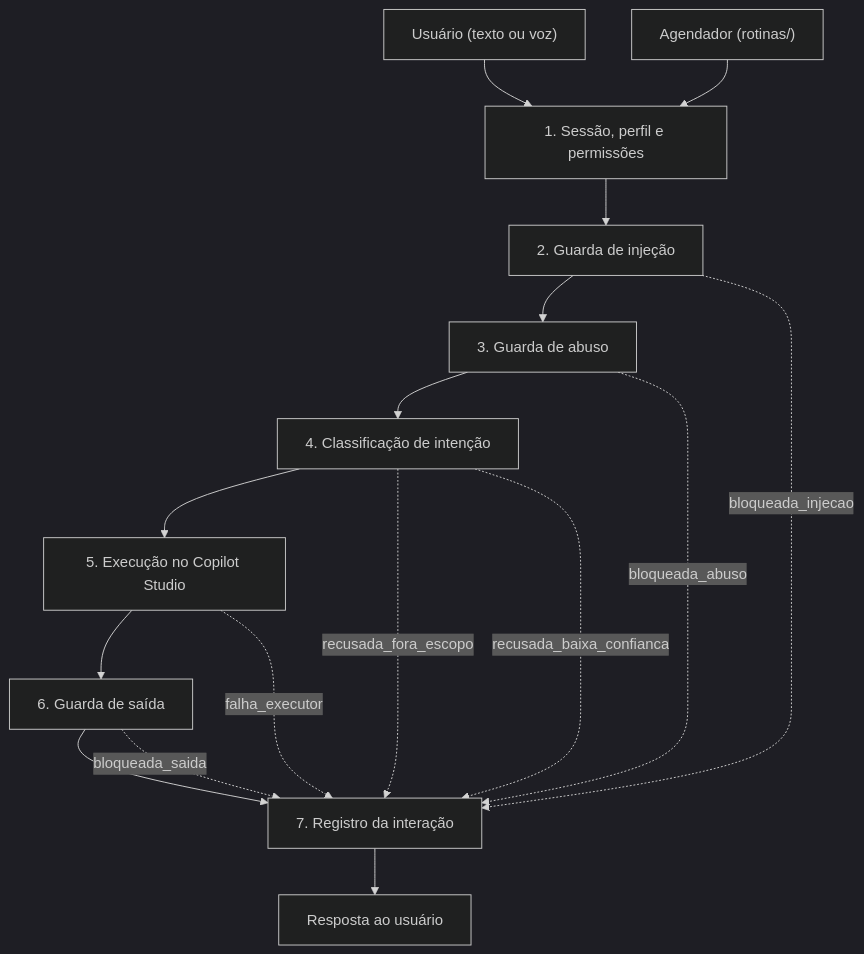
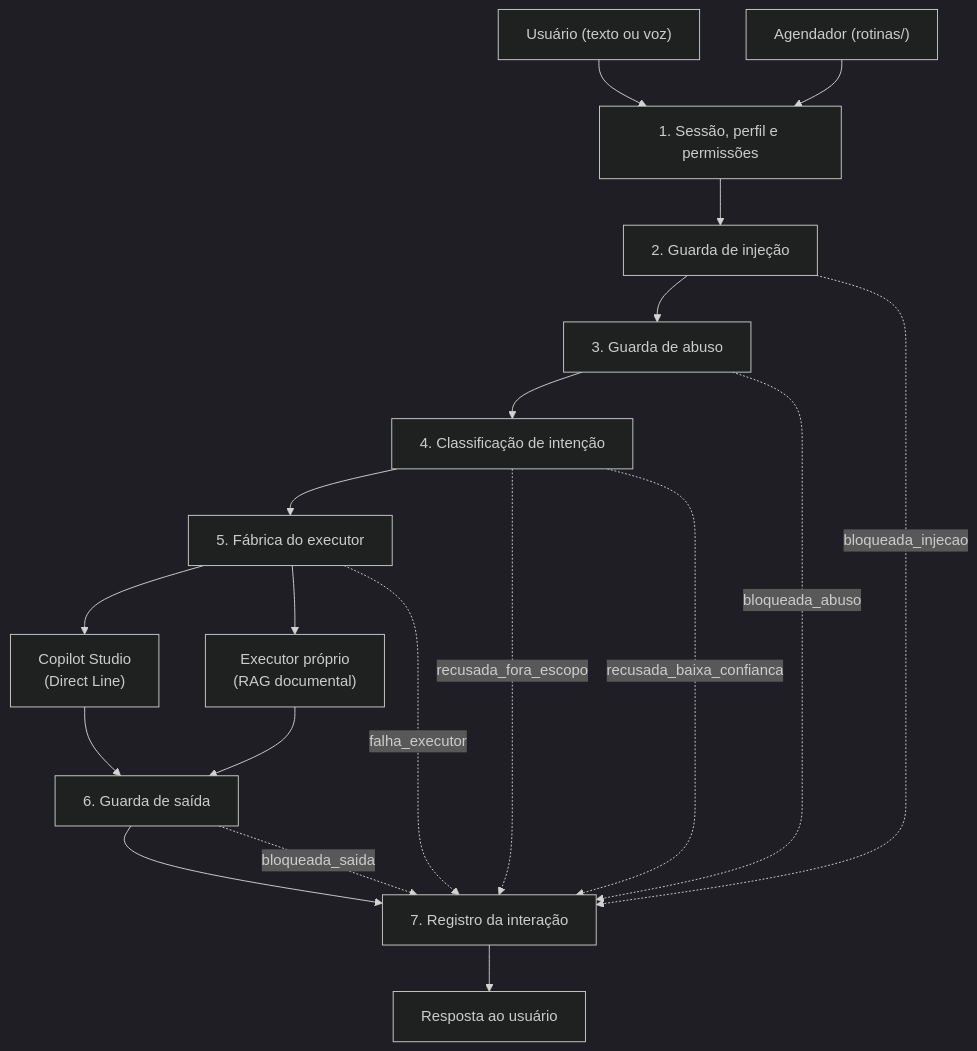
One commit to Kdu07/agente-ia-portfolio-metro changed the first of 3 diagrams in docs/Arquitetura.md. Above: the diagram before and after it, drawn with Mermaid (dark theme). The commit also changed other lines of this file, not shown here.

````diff
--- a/docs/Arquitetura.md
+++ b/docs/Arquitetura.md
@@ -45,20 +55,23 @@
 ```mermaid
 flowchart TB
     U["Usuário (texto ou voz)"] --> A
     W["Agendador (rotinas/)"] --> A
 
     A["1. Sessão, perfil e permissões"] --> B["2. Guarda de injeção"]
     B --> C["3. Guarda de abuso"]
     C --> D["4. Classificação de intenção"]
-    D --> E["5. Execução no Copilot Studio"]
-    E --> F["6. Guarda de saída"]
+    D --> E["5. Fábrica do executor"]
+    E --> EC["Copilot Studio<br/>(Direct Line)"]
+    E --> ER["Executor próprio<br/>(RAG documental)"]
+    EC --> F["6. Guarda de saída"]
+    ER --> F
     F --> G["7. Registro da interação"]
     G --> R["Resposta ao usuário"]
 
     B -.->|"bloqueada_injecao"| G
     C -.->|"bloqueada_abuso"| G
     D -.->|"recusada_fora_escopo"| G
     D -.->|"recusada_baixa_confianca"| G
     E -.->|"falha_executor"| G
     F -.->|"bloqueada_saida"| G
 ```
````
